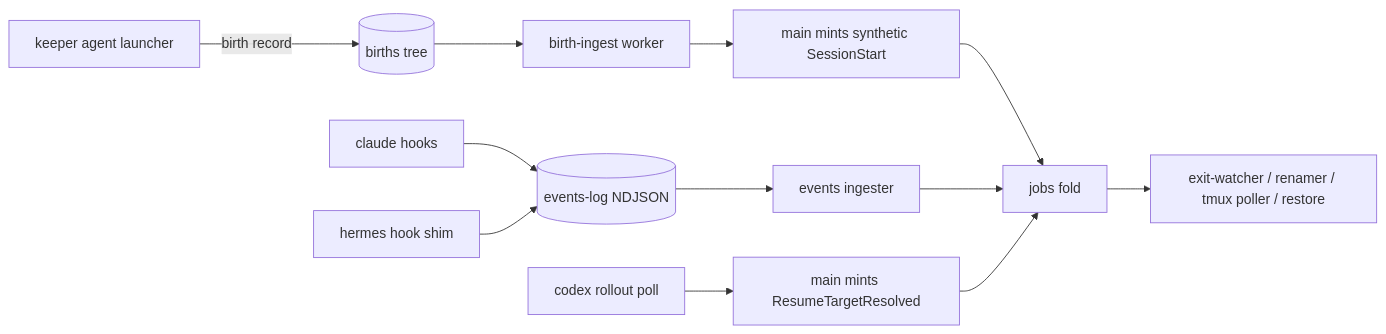
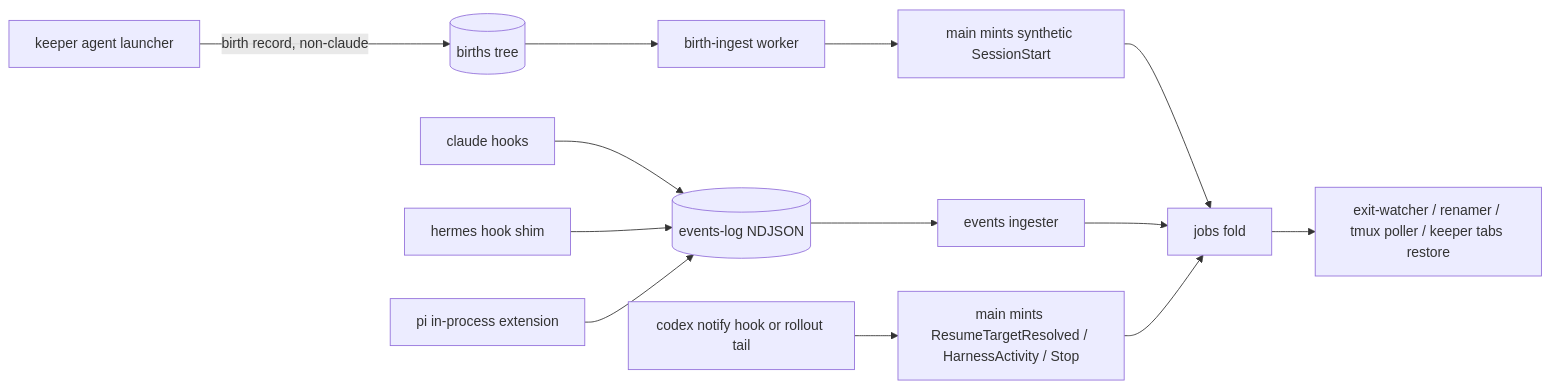
One commit to possibilities/keeper changed the diagram in .keeper/specs/fn-1103-multi-harness-agent-maturity.md. Above: the diagram before and after it, drawn with Mermaid. The commit also changed other lines of this file and 12 other files, not shown here.

First line of the commit message:
chore(plan): refine-apply fn-1103-multi-harness-agent-maturity

````diff
--- a/.keeper/specs/fn-1103-multi-harness-agent-maturity.md
+++ b/.keeper/specs/fn-1103-multi-harness-agent-maturity.md
@@ -55,13 +72,14 @@
 ```mermaid
 flowchart LR
-  L[keeper agent launcher] -- birth record --> B[(births tree)]
+  L[keeper agent launcher] -- birth record, non-claude --> B[(births tree)]
   B --> W[birth-ingest worker] --> M[main mints synthetic SessionStart]
   CH[claude hooks] --> E[(events-log NDJSON)]
   HS[hermes hook shim] --> E
+  PX[pi in-process extension] --> E
   E --> I[events ingester]
-  CX[codex rollout poll] --> R[main mints ResumeTargetResolved]
+  CX[codex notify hook or rollout tail] --> R[main mints ResumeTargetResolved / HarnessActivity / Stop]
   M --> F[jobs fold]
   I --> F
   R --> F
-  F --> X[exit-watcher / renamer / tmux poller / restore]
+  F --> X[exit-watcher / renamer / tmux poller / keeper tabs restore]
 ```
````
